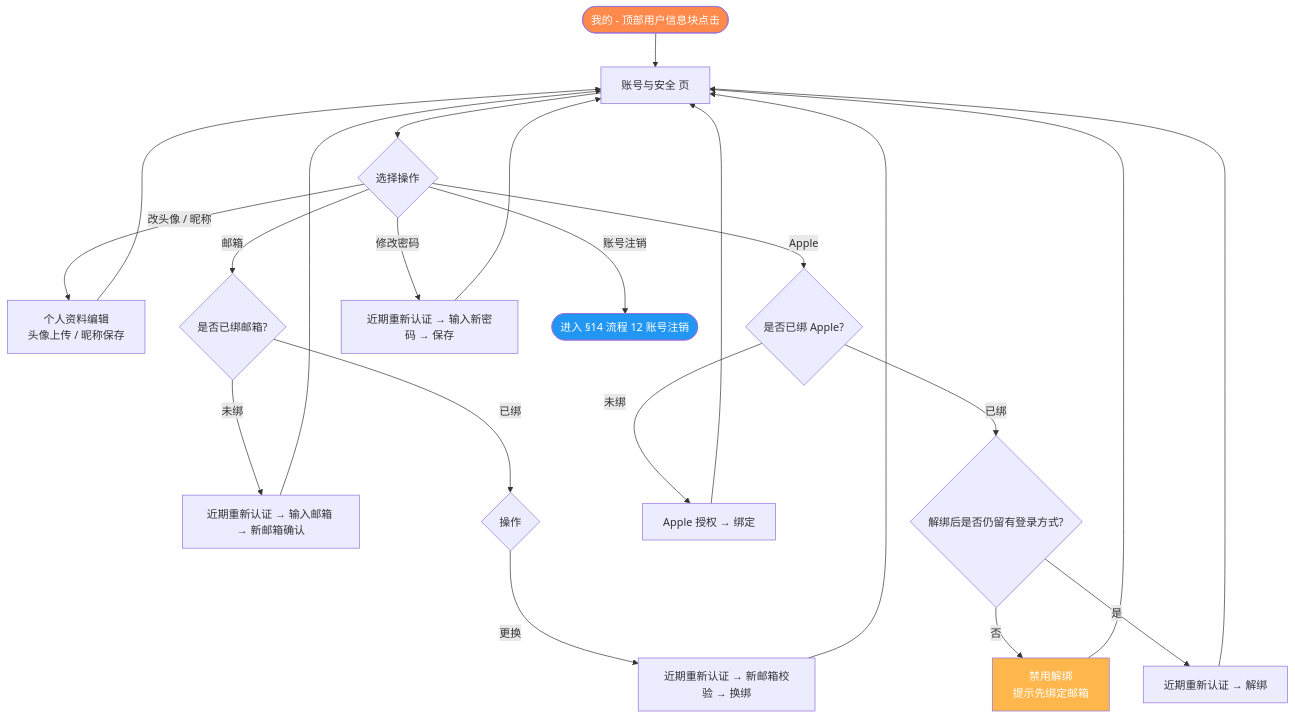
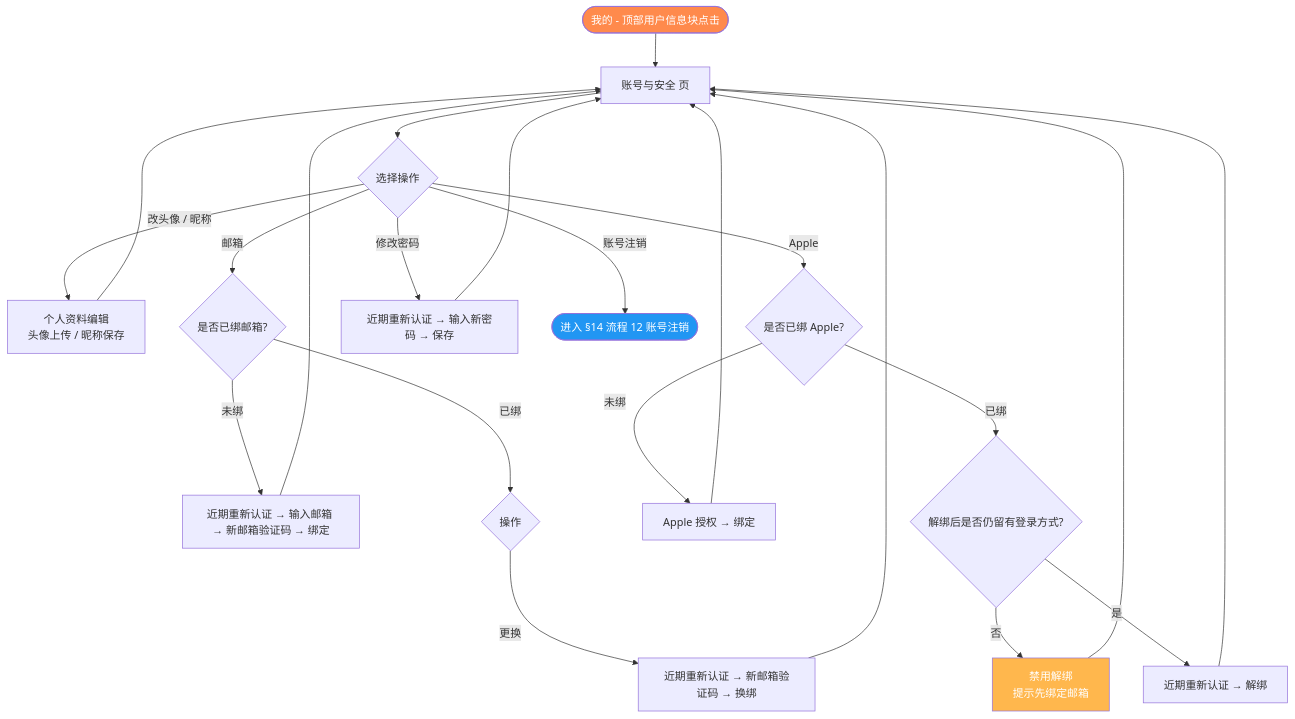
One commit to raochen0000/HomeBook changed diagram 16 of 16 in docs/PRD.md. Above: the diagram before and after it, drawn with Mermaid. The commit also changed other lines of this file and 14 other files, not shown here.

````diff
--- a/docs/PRD.md
+++ b/docs/PRD.md
@@ -1558,34 +1558,34 @@
 ```mermaid
 flowchart TD
     A([我的 - 顶部用户信息块点击]) --> B[账号与安全 页]
     B --> C{选择操作}
 
     C -- 改头像 / 昵称 --> D[个人资料编辑<br/>头像上传 / 昵称保存]
     D --> B
 
     C -- 邮箱 --> E{是否已绑邮箱?}
-    E -- 未绑 --> E1[近期重新认证 → 输入邮箱 → 新邮箱确认]
+    E -- 未绑 --> E1[近期重新认证 → 输入邮箱 → 新邮箱验证码 → 绑定]
     E -- 已绑 --> E2{操作}
-    E2 -- 更换 --> E2a[近期重新认证 → 新邮箱校验 → 换绑]
+    E2 -- 更换 --> E2a[近期重新认证 → 新邮箱验证码 → 换绑]
 
     C -- Apple --> F{是否已绑 Apple?}
     F -- 未绑 --> F1[Apple 授权 → 绑定]
     F -- 已绑 --> F2{解绑后是否仍留有登录方式?}
     F2 -- 否 --> Guard[禁用解绑<br/>提示先绑定邮箱]
     F2 -- 是 --> F3[近期重新认证 → 解绑]
 
     C -- 修改密码 --> G[近期重新认证 → 输入新密码 → 保存]
 
     C -- 账号注销 --> H([进入 §14 流程 12 账号注销])
 
     E1 --> B
     E2a --> B
     F1 --> B
     F3 --> B
     G --> B
     Guard --> B
 
     style A fill:#FF8A4C,color:#fff
     style H fill:#2196F3,color:#fff
     style Guard fill:#FFB74D,color:#fff
 ```
````
